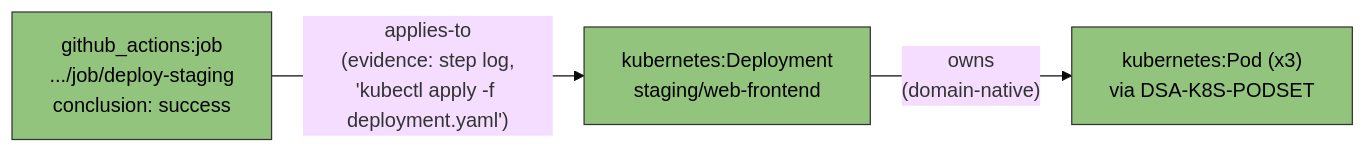
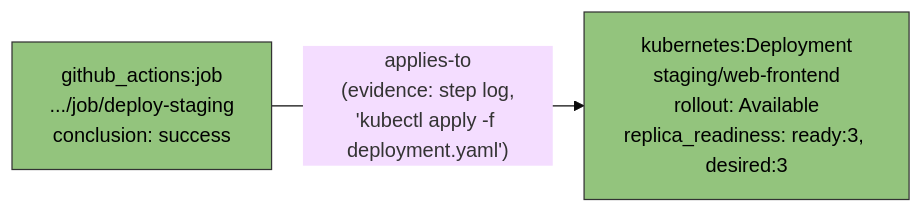
One commit to thompsonson/intelligent_agents changed the first of 4 diagrams in documentation/infra-discovery/worked_examples.md. Above: the diagram before and after it, drawn with Mermaid (base theme). The commit also changed other lines of this file and 2 other files, not shown here.

First line of the commit message:
docs(infra-discovery): fix WE-001's fabricated owns edge to Pod nodes (F-005)

````diff
--- a/documentation/infra-discovery/worked_examples.md
+++ b/documentation/infra-discovery/worked_examples.md
@@ -31,12 +37,10 @@
 ```mermaid
 graph LR
     Job["github_actions:job<br/>.../job/deploy-staging<br/>conclusion: success"]
-    Dep["kubernetes:Deployment<br/>staging/web-frontend"]
-    Pods["kubernetes:Pod (x3)<br/>via DSA-K8S-PODSET"]
+    Dep["kubernetes:Deployment<br/>staging/web-frontend<br/>rollout: Available<br/>replica_readiness: ready:3, desired:3"]
 
     Job -- "applies-to<br/>(evidence: step log,<br/>'kubectl apply -f deployment.yaml')" --> Dep
-    Dep -- "owns<br/>(domain-native)" --> Pods
 
     classDef sensed fill:#93c47d,stroke:#333,color:#000
-    class Job,Dep,Pods sensed
+    class Job,Dep sensed
 ```
````
